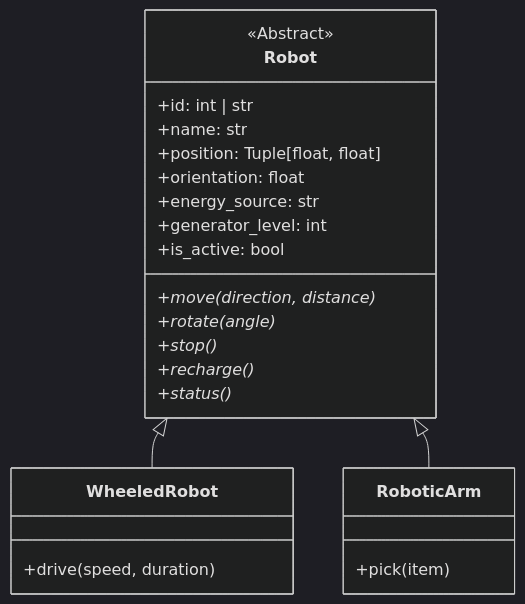
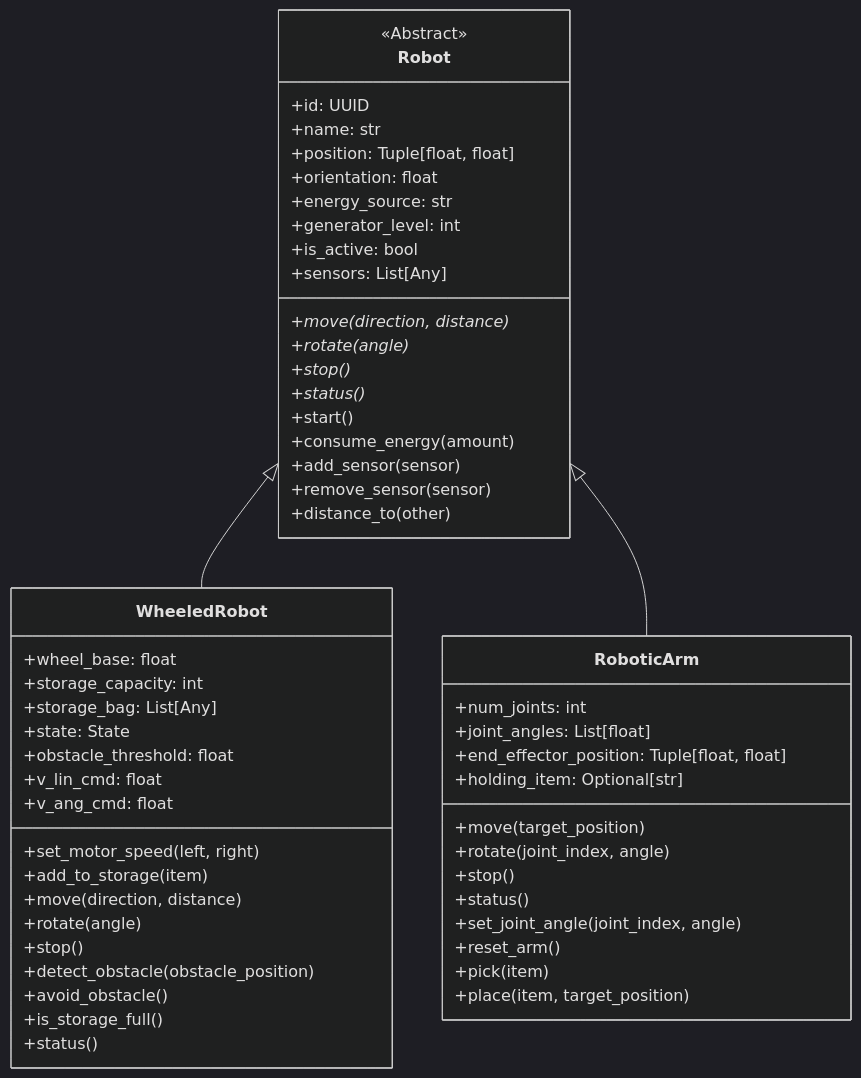
One commit to rosasbehoundja/preselection-trc changed the diagram in media/diagram.mmd. Above: the diagram before and after it, drawn with Mermaid (dark theme). The commit also changed 3 other files, not shown here.

Commit message:
Remove README.md and update UML diagram and class descriptions in media/README.md to reflect recent changes in Robot, WheeledRobot, and RoboticArm classes.

```diff
--- a/media/diagram.mmd
+++ b/media/diagram.mmd
@@ -1,27 +1,58 @@
 classDiagram
     class Robot {
         <<Abstract>>
-        +id: int | str
+        +id: UUID
         +name: str
         +position: Tuple[float, float]
         +orientation: float
         +energy_source: str
         +generator_level: int
         +is_active: bool
+        +sensors: List[Any]
         +move(direction, distance)*
         +rotate(angle)*
         +stop()*
-        +recharge()*
         +status()*
+        +start()
+        +consume_energy(amount)
+        +add_sensor(sensor)
+        +remove_sensor(sensor)
+        +distance_to(other)
     }
 
     class WheeledRobot {
-        +drive(speed, duration)
+        +wheel_base: float
+        +storage_capacity: int
+        +storage_bag: List[Any]
+        +state: State
+        +obstacle_threshold: float
+        +v_lin_cmd: float
+        +v_ang_cmd: float
+        +set_motor_speed(left, right)
+        +add_to_storage(item)
+        +move(direction, distance)
+        +rotate(angle)
+        +stop()
+        +detect_obstacle(obstacle_position)
+        +avoid_obstacle()
+        +is_storage_full()
+        +status()
     }
 
     class RoboticArm {
+        +num_joints: int
+        +joint_angles: List[float]
+        +end_effector_position: Tuple[float, float]
+        +holding_item: Optional[str]
+        +move(target_position)
+        +rotate(joint_index, angle)
+        +stop()
+        +status()
+        +set_joint_angle(joint_index, angle)
+        +reset_arm()
         +pick(item)
+        +place(item, target_position)
     }
 
     Robot <|-- WheeledRobot
     Robot <|-- RoboticArm
```
